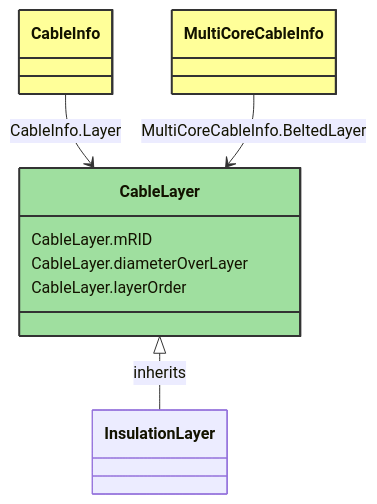
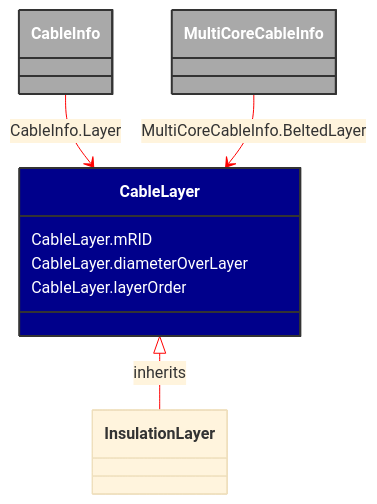
One commit to 3lbits/NoCIMExtensions changed the diagram in docs/Models/Profiles/SubseaCableInfo/AbstractClasses/CableLayer.md. Above: the diagram before and after it, drawn with Mermaid. The commit also changed 58 other files, not shown here.

````diff
--- a/docs/Models/Profiles/SubseaCableInfo/AbstractClasses/CableLayer.md
+++ b/docs/Models/Profiles/SubseaCableInfo/AbstractClasses/CableLayer.md
@@ -10,32 +10,33 @@
 ```mermaid
+%%{init: {'theme':'base','themeVariables': {'lineColor': '#FF0000'}}}%%
 classDiagram
     class CableLayer
     click CableLayer href "/Models/Profiles/SubseaCableInfo/AbstractClasses/CableLayer/"
-    style CableLayer fill:#9fdf9f,stroke:#333,stroke-width:2px,rx:10,ry:10
+    style CableLayer fill:#006400,stroke:#333,stroke-width:2px,rx:10,ry:10,color:white
 
         CableLayer <|-- InsulationLayer : inherits
             click CableLayer href "/Models/Profiles/SubseaCableInfo/AbstractClasses/CableLayer/"
-            style CableLayer rx:10,ry:10
+            style CableLayer fill:#00008B,stroke:#333,stroke-width:2px,rx:10,ry:10,color:white
 
         InsulationLayer
             click InsulationLayer href "/Models/Profiles/SubseaCableInfo/ConcreteClasses/InsulationLayer/"
-            style InsulationLayer rx:10,ry:10
+            style CableLayer fill:#00008B,stroke:#333,stroke-width:2px,rx:10,ry:10,color:white
 
 
         CableInfo --> CableLayer : CableInfo.Layer
 
         CableInfo
             click CableInfo href "/Models/Profiles/SubseaCableInfo/ConcreteClasses/CableInfo/"
-            style CableInfo fill:#ffff99,stroke:#333,stroke-width:2px,rx:10,ry:10
+            style CableInfo fill:#A9A9A9,stroke:#333,stroke-width:2px,rx:10,ry:10,color:white
 
         MultiCoreCableInfo --> CableLayer : MultiCoreCableInfo.BeltedLayer
 
         MultiCoreCableInfo
             click MultiCoreCableInfo href "/Models/Profiles/SubseaCableInfo/ConcreteClasses/MultiCoreCableInfo/"
-            style MultiCoreCableInfo fill:#ffff99,stroke:#333,stroke-width:2px,rx:10,ry:10
+            style MultiCoreCableInfo fill:#A9A9A9,stroke:#333,stroke-width:2px,rx:10,ry:10,color:white
 
 
         CableLayer : CableLayer.mRID
         CableLayer : CableLayer.diameterOverLayer
         CableLayer : CableLayer.layerOrder
 ```
````
